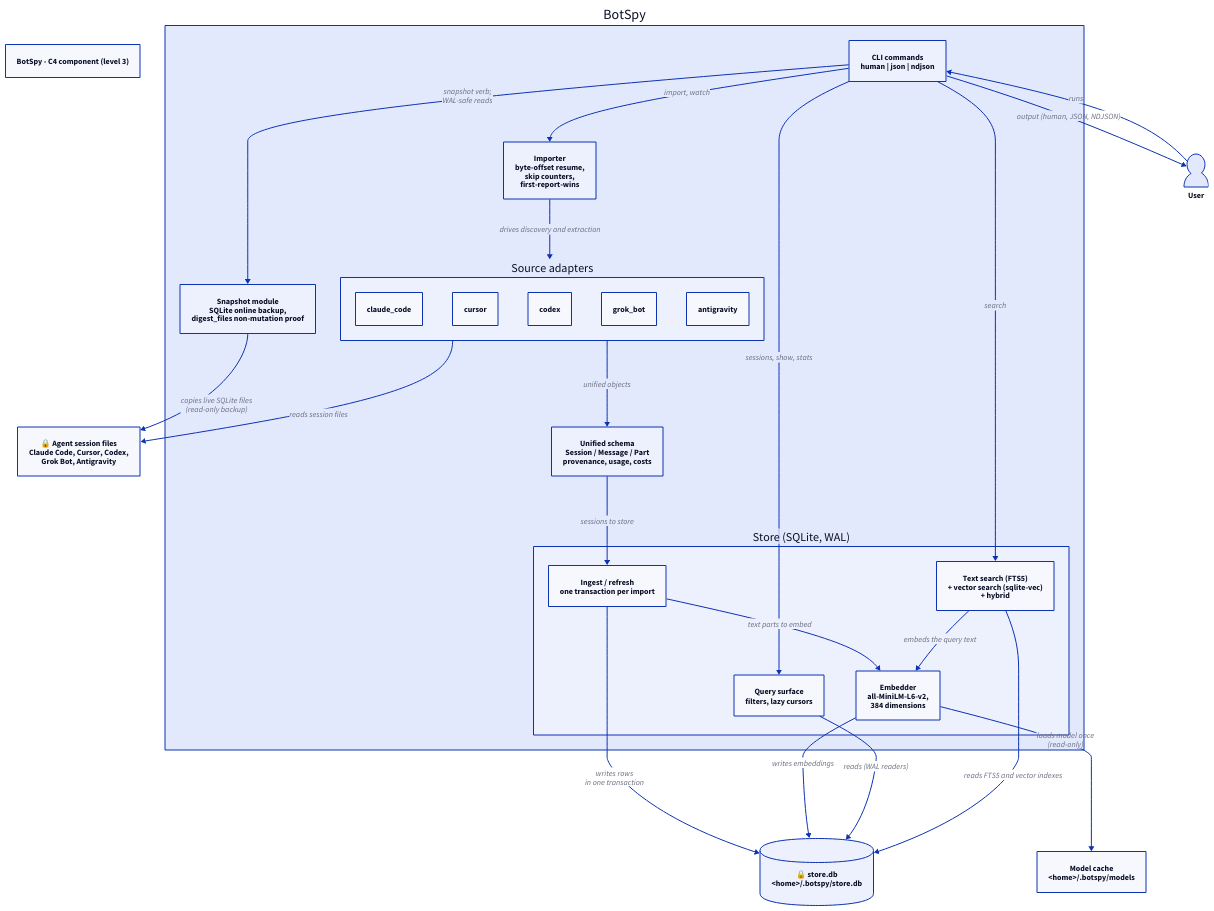
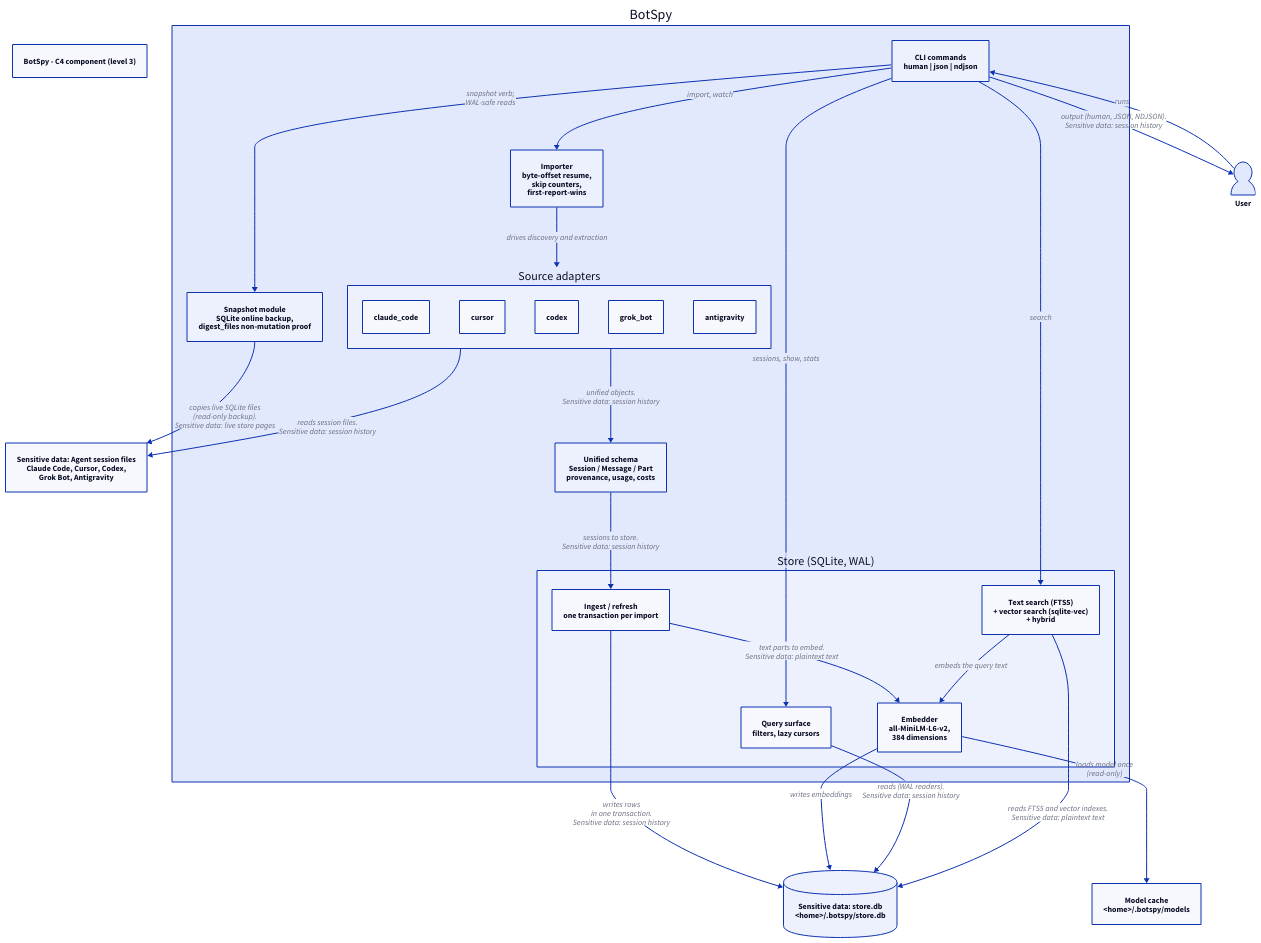
One commit to AnthusAI/BotSpy changed the diagram in docs/diagrams/components.d2. Above: the diagram before and after it, drawn with D2. The commit also changed 61 other files, not shown here.

First line of the commit message:
docs(diagrams): drop legends and lock icons; explicit sensitive-data labels; store in C4 context (#18)

```diff
--- a/docs/diagrams/components.d2
+++ b/docs/diagrams/components.d2
@@ -1,97 +1,97 @@
 title: BotSpy - C4 component (level 3)
 
 files: {
-  label: "🔒 Agent session files\nClaude Code, Cursor, Codex,\nGrok Bot, Antigravity"
+  label: "Sensitive data: Agent session files\nClaude Code, Cursor, Codex,\nGrok Bot, Antigravity"
   class: sensitive
 }
 
 botspy: {
   label: BotSpy
 
   cli: {
     label: "CLI commands\nhuman | json | ndjson"
     class: tool
   }
 
   snapshot: {
     label: "Snapshot module\nSQLite online backup,\ndigest_files non-mutation proof"
     class: tool
   }
 
   adapters: {
     label: "Source adapters"
     class: tool
 
     claude_code: "claude_code"
     cursor: "cursor"
     codex: "codex"
     grok_bot: "grok_bot"
     antigravity: "antigravity"
   }
 
   importer: {
     label: "Importer\nbyte-offset resume,\nskip counters,\nfirst-report-wins"
     class: tool
   }
 
   schema: {
     label: "Unified schema\nSession / Message / Part\nprovenance, usage, costs"
     class: tool
   }
 
   store: {
     label: "Store (SQLite, WAL)"
 
     ingest: {
       label: "Ingest / refresh\none transaction per import"
       class: tool
     }
     query: {
       label: "Query surface\nfilters, lazy cursors"
       class: tool
     }
     search: {
       label: "Text search (FTS5)\n+ vector search (sqlite-vec)\n+ hybrid"
       class: tool
     }
     embedder: {
       label: "Embedder\nall-MiniLM-L6-v2,\n384 dimensions"
       class: tool
     }
   }
 }
 
 store_db: {
-  label: "🔒 store.db\n<home>/.botspy/store.db"
+  label: "Sensitive data: store.db\n<home>/.botspy/store.db"
   shape: cylinder
   class: sensitive
 }
 
 models: {
   label: "Model cache\n<home>/.botspy/models"
   class: tool
 }
 
 user: {
   label: User
   shape: person
 }
 
 user -> botspy.cli: "runs"
 botspy.cli -> botspy.snapshot: "snapshot verb;\nWAL-safe reads"
-botspy.snapshot -> files: "copies live SQLite files\n(read-only backup)"
+botspy.snapshot -> files: "copies live SQLite files\n(read-only backup).\nSensitive data: live store pages"
 botspy.cli -> botspy.importer: "import, watch"
 botspy.importer -> botspy.adapters: "drives discovery and extraction"
-botspy.adapters -> files: "reads session files"
-botspy.adapters -> botspy.schema: "unified objects"
-botspy.schema -> botspy.store.ingest: "sessions to store"
-botspy.store.ingest -> store_db: "writes rows\nin one transaction"
-botspy.store.ingest -> botspy.store.embedder: "text parts to embed"
+botspy.adapters -> files: "reads session files.\nSensitive data: session history"
+botspy.adapters -> botspy.schema: "unified objects.\nSensitive data: session history"
+botspy.schema -> botspy.store.ingest: "sessions to store.\nSensitive data: session history"
+botspy.store.ingest -> store_db: "writes rows\nin one transaction.\nSensitive data: session history"
+botspy.store.ingest -> botspy.store.embedder: "text parts to embed.\nSensitive data: plaintext text"
 botspy.store.embedder -> models: "loads model once\n(read-only)"
 botspy.store.embedder -> store_db: "writes embeddings"
 botspy.cli -> botspy.store.query: "sessions, show, stats"
-botspy.store.query -> store_db: "reads (WAL readers)"
+botspy.store.query -> store_db: "reads (WAL readers).\nSensitive data: session history"
 botspy.cli -> botspy.store.search: "search"
-botspy.store.search -> store_db: "reads FTS5 and vector indexes"
+botspy.store.search -> store_db: "reads FTS5 and vector indexes.\nSensitive data: plaintext text"
 botspy.store.search -> botspy.store.embedder: "embeds the query text"
-botspy.cli -> user: "output (human, JSON, NDJSON)"
+botspy.cli -> user: "output (human, JSON, NDJSON).\nSensitive data: session history"
```
